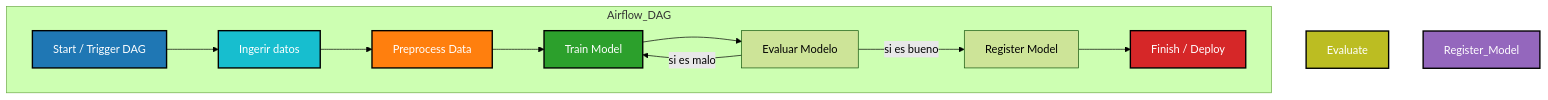
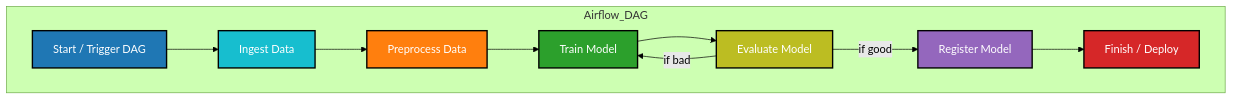
Before and after one commit to DanteMendoza/AP_2025_B3_TP2_Mendoza_Dante: the third of 3 diagrams in README.md, drawn with Mermaid (forest theme).

Commit message:
Update README.md
v16

````diff
--- a/README.md
+++ b/README.md
@@ -62,23 +62,23 @@
 ```mermaid
 flowchart TD
     subgraph Airflow_DAG
-        Start["Start / Trigger DAG"] --> Ingest["Ingerir datos"]
+        Start["Start / Trigger DAG"] --> Ingest["Ingest Data"]
         Ingest --> Preprocess["Preprocess Data"]
         Preprocess --> Train["Train Model"]
-        Train --> Evaluar["Evaluar Modelo"]
+        Train --> Evaluate["Evaluate Model"]
 
-        Evaluar --> |si es bueno| Registrar_Modelo["Register Model"]
-        Evaluar --> |si es malo| Train
+        Evaluate --> |if good| Register_Model["Register Model"]
+        Evaluate --> |if bad| Train
 
-        Registrar_Modelo --> End["Finish / Deploy"]
+        Register_Model --> End["Finish / Deploy"]
     end
 
     %% Estilos
     style Start fill:#1f77b4,stroke:#000,stroke-width:2px,color:#fff
     style Ingest fill:#17becf,stroke:#000,stroke-width:2px,color:#fff
     style Preprocess fill:#ff7f0e,stroke:#000,stroke-width:2px,color:#fff
     style Train fill:#2ca02c,stroke:#000,stroke-width:2px,color:#fff
     style Evaluate fill:#bcbd22,stroke:#000,stroke-width:2px,color:#fff
     style Register_Model fill:#9467bd,stroke:#000,stroke-width:2px,color:#fff
     style End fill:#d62728,stroke:#000,stroke-width:2px,color:#fff
 ```
````
